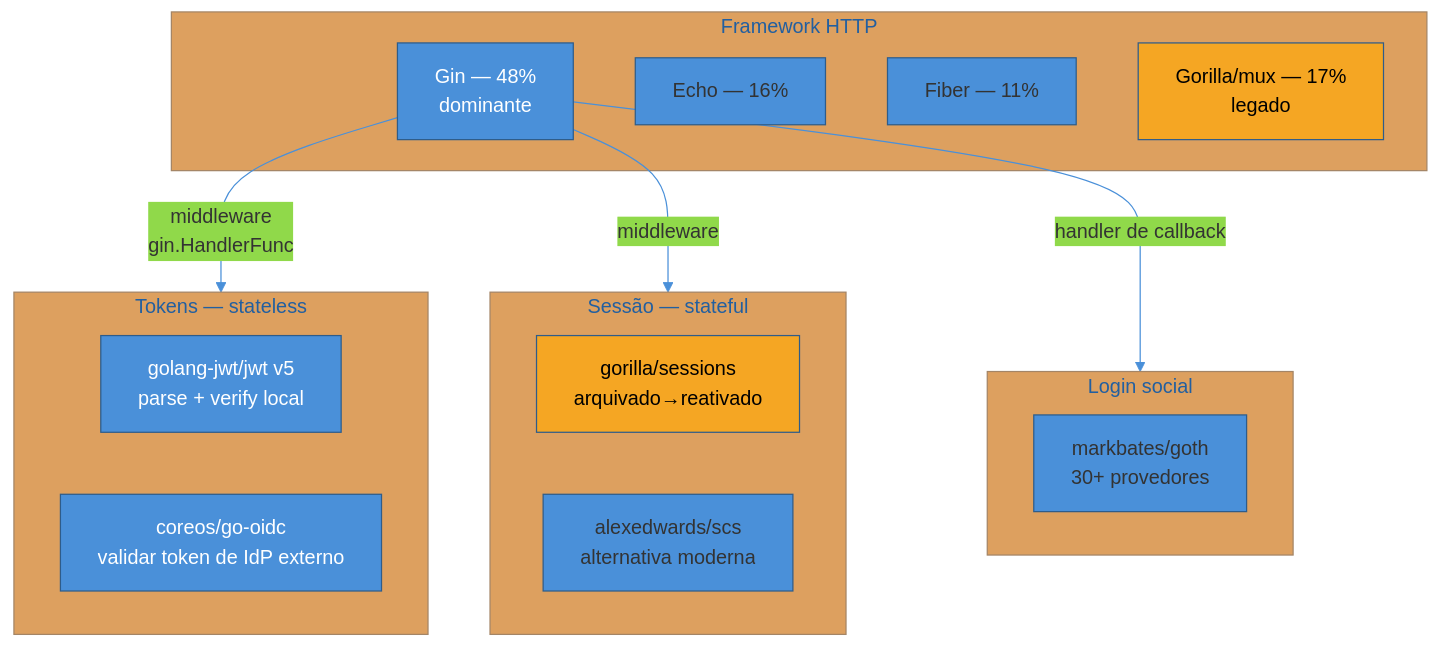
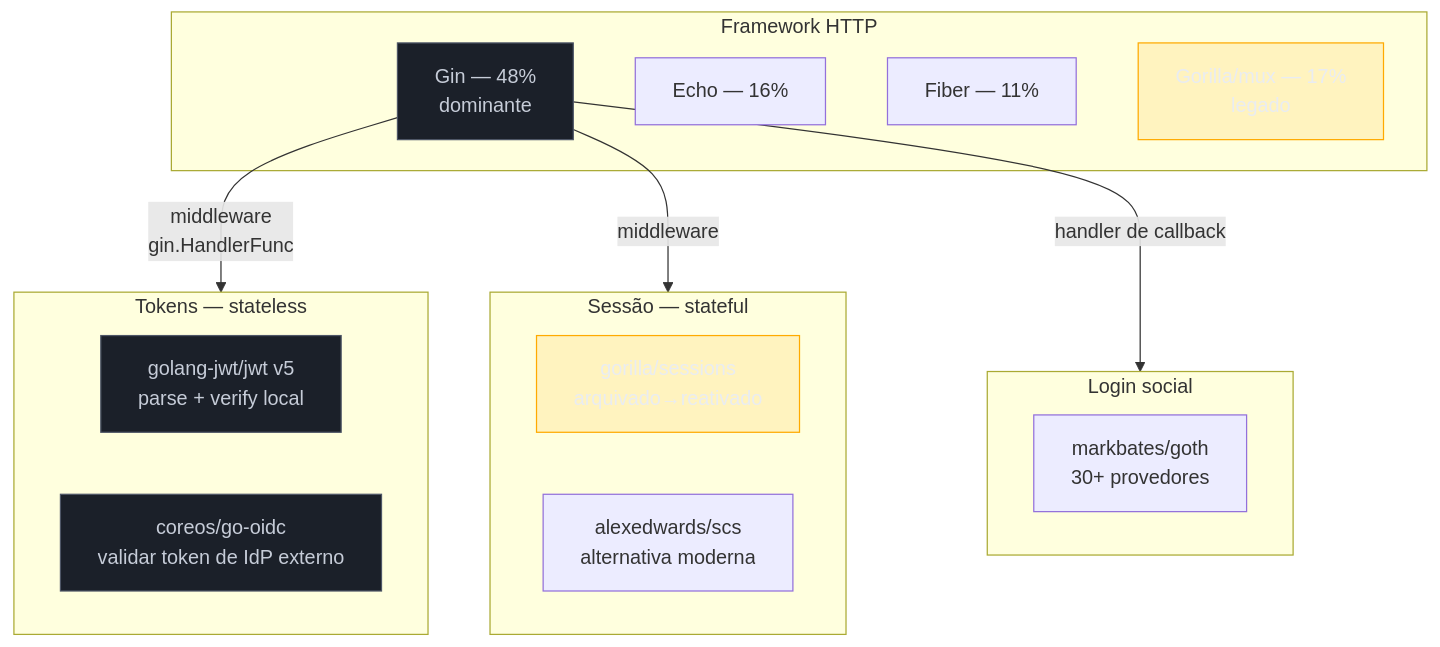
One commit to josenaldo/codex-technomanticus changed the first of 3 diagrams in 03-Dominios/Engenharia/Auth e Identidade/4 - Auth nos stacks/06 - Go — Gin.md. Above: the diagram before and after it, drawn with Mermaid. The commit also changed other lines of this file and 1181 other files, not shown here.

First line of the commit message:
fix(diagramas): paleta do sistema no lugar de cor cravada no markdown

````diff
--- a/03-Dominios/Engenharia/Auth e Identidade/4 - Auth nos stacks/06 - Go — Gin.md
+++ b/03-Dominios/Engenharia/Auth e Identidade/4 - Auth nos stacks/06 - Go — Gin.md
@@ -42,34 +42,35 @@
 ```mermaid
-%%{init: {"theme": "base", "themeVariables": {"primaryColor": "#4A90D9", "primaryBorderColor": "#2E5C8A", "lineColor": "#4A90D9"}}}%%
 graph TD
+    classDef neutro fill:#1B2029,stroke:#4E5666,color:#C6CCD8
+    classDef destaque fill:#FFAA0024,stroke:#FFAA00,color:#E9ECF2
     subgraph Framework["Framework HTTP"]
         Gin["Gin — 48%<br/>dominante"]
         Echo["Echo — 16%"]
         Fiber["Fiber — 11%"]
         Gorilla["Gorilla/mux — 17%<br/>legado"]
     end
 
     subgraph Token["Tokens — stateless"]
         JWT["golang-jwt/jwt v5<br/>parse + verify local"]
         OIDC["coreos/go-oidc<br/>validar token de IdP externo"]
     end
 
     subgraph Sessao["Sessão — stateful"]
         GS["gorilla/sessions<br/>arquivado→reativado"]
         SCS["alexedwards/scs<br/>alternativa moderna"]
     end
 
     subgraph Social["Login social"]
         Goth["markbates/goth<br/>30+ provedores"]
     end
 
     Gin -->|"middleware<br/>gin.HandlerFunc"| Token
     Gin -->|"middleware"| Sessao
     Gin -->|"handler de callback"| Social
 
-    style Gin fill:#4A90D9,color:#fff
-    style JWT fill:#4A90D9,color:#fff
-    style OIDC fill:#4A90D9,color:#fff
-    style Gorilla fill:#F5A623,color:#000
-    style GS fill:#F5A623,color:#000
+    class Gin neutro
+    class JWT neutro
+    class OIDC neutro
+    class Gorilla destaque
+    class GS destaque
 ```
````
